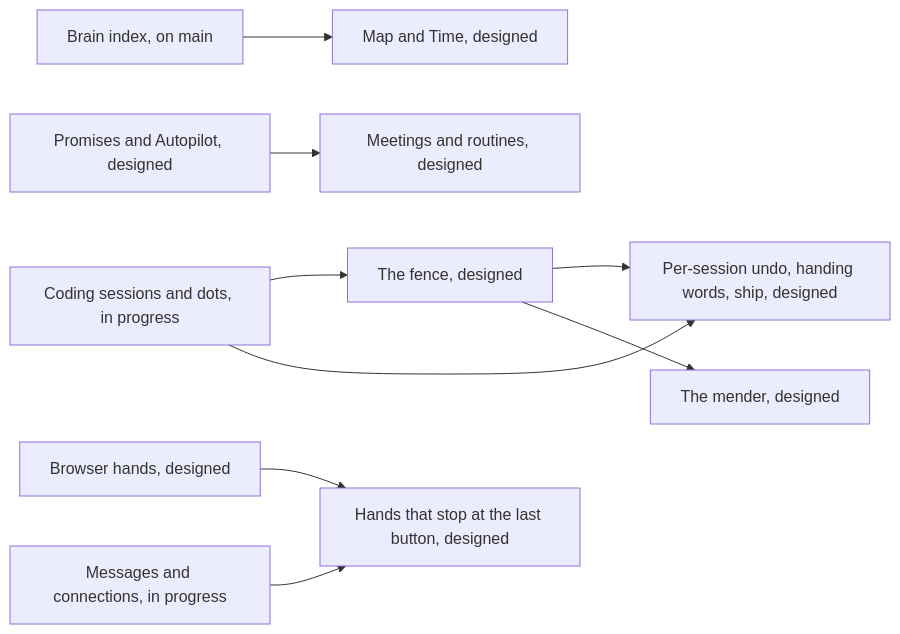
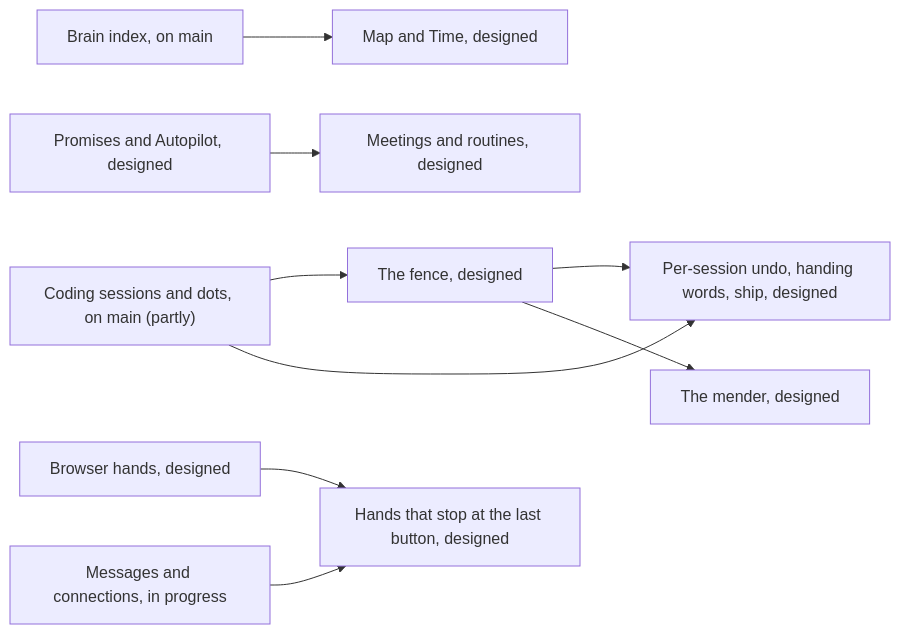
The diagram in docs/roadmap.md (thedefaultman/Bombadil), drawn with Mermaid before and after one commit. The commit also changed other lines of this file and 37 other files, not shown here.

First line of the commit message:
docs: image, install and session-service pages checked against main with coding sessions (work in progress)

````diff
--- a/docs/roadmap.md
+++ b/docs/roadmap.md
@@ -78,22 +79,22 @@
 ```mermaid
 flowchart LR
-    S["Coding sessions and dots, in progress"]
+    S["Coding sessions and dots, on main (partly)"]
     F["The fence, designed"]
     P["Per-session undo, handing words, ship, designed"]
     M["The mender, designed"]
     B["Brain index, on main"]
     T["Map and Time, designed"]
     A["Promises and Autopilot, designed"]
     D["Meetings and routines, designed"]
     H["Browser hands, designed"]
     C["Messages and connections, in progress"]
     L["Hands that stop at the last button, designed"]
     S --> F
     S --> P
     F --> P
     F --> M
     B --> T
     A --> D
     H --> L
     C --> L
 ```
````
